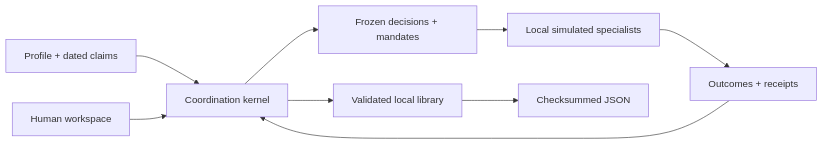
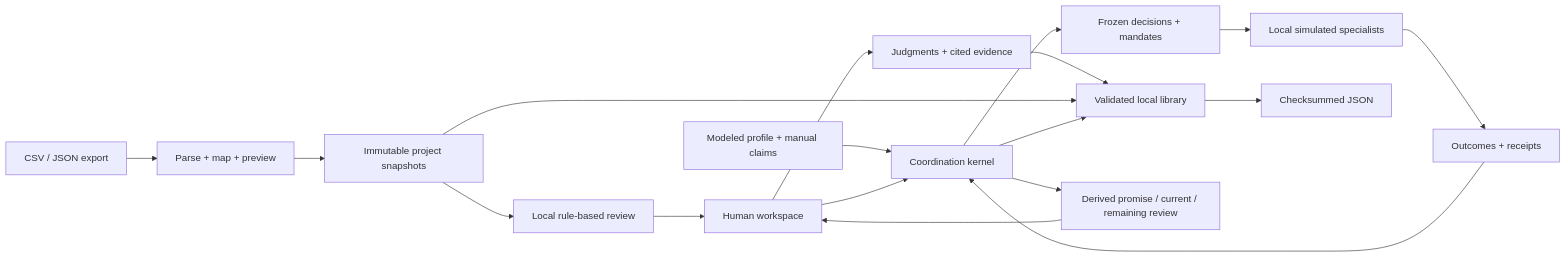
Before and after one commit to heytomek/project_zenith: the diagram in docs/system_architecture.md, drawn with Mermaid. The commit also changed other lines of this file and 61 other files, not shown here.

````diff
--- a/docs/system_architecture.md
+++ b/docs/system_architecture.md
@@ -7,11 +7,20 @@
 ```mermaid
 flowchart LR
-  Sources["Profile + dated claims"] --> Core["Coordination kernel"]
-  UI["Human workspace"] --> Core
+  Imports["CSV / JSON export"] --> Mapping["Parse + map + preview"]
+  Mapping --> Snapshots["Immutable project snapshots"]
+  Snapshots --> Rules["Local rule-based review"]
+  Rules --> UI["Human workspace"]
+  UI --> Responses["Judgments + cited evidence"]
+  Responses --> Library["Validated local library"]
+  Snapshots --> Library
+  Sources["Modeled profile + manual claims"] --> Core["Coordination kernel"]
+  UI --> Core
   Core --> Decisions["Frozen decisions + mandates"]
   Decisions --> Agents["Local simulated specialists"]
   Agents --> Outcomes["Outcomes + receipts"]
   Outcomes --> Core
-  Core --> Library["Validated local library"]
+  Core --> Review["Derived promise / current / remaining review"]
+  Review --> UI
+  Core --> Library
   Library --> Files["Checksummed JSON"]
 ```
````
